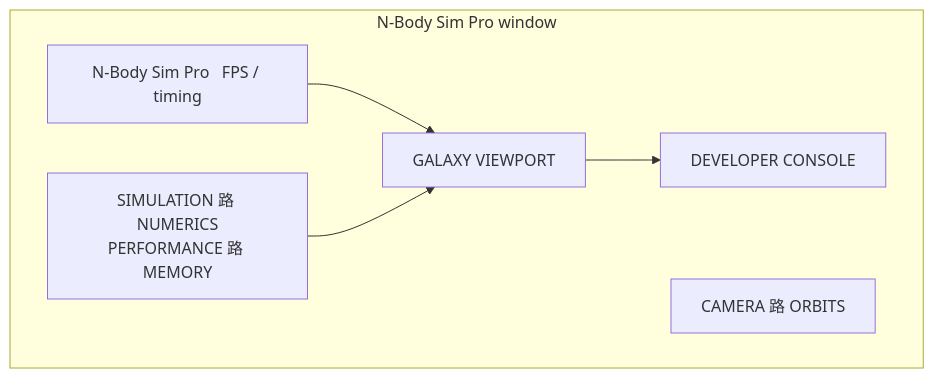
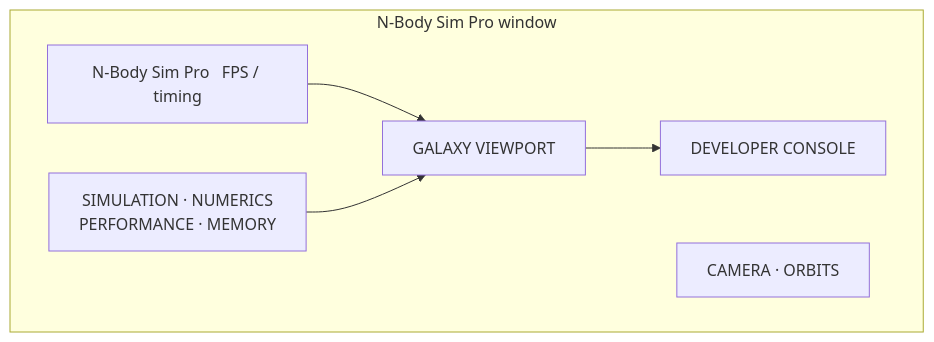
The diagram in docs-site/instrumentation.md (richie-rich90454/n_body_sim_pro), drawn with Mermaid before and after one commit. The commit also changed other lines of this file, not shown here.

````diff
--- a/docs-site/instrumentation.md
+++ b/docs-site/instrumentation.md
@@ -82,13 +87,13 @@
 ```mermaid
 flowchart TD
     subgraph Window["N-Body Sim Pro window"]
         Title["N-Body Sim Pro   FPS / timing"]
-        Left["SIMULATION 路 NUMERICS<br/>PERFORMANCE 路 MEMORY"]
+        Left["SIMULATION · NUMERICS<br/>PERFORMANCE · MEMORY"]
         Viewport["GALAXY VIEWPORT"]
-        Right["CAMERA 路 ORBITS"]
+        Right["CAMERA · ORBITS"]
         Bottom["DEVELOPER CONSOLE"]
     end
     Title --> Viewport
     Left --> Viewport
     Viewport --> Bottom
 ```
````
